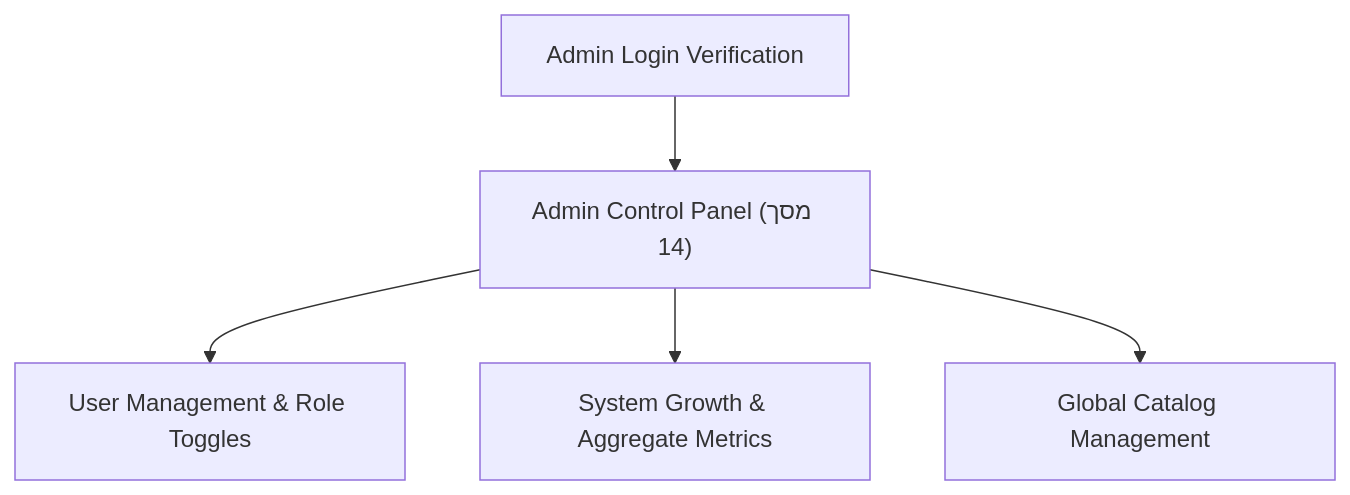
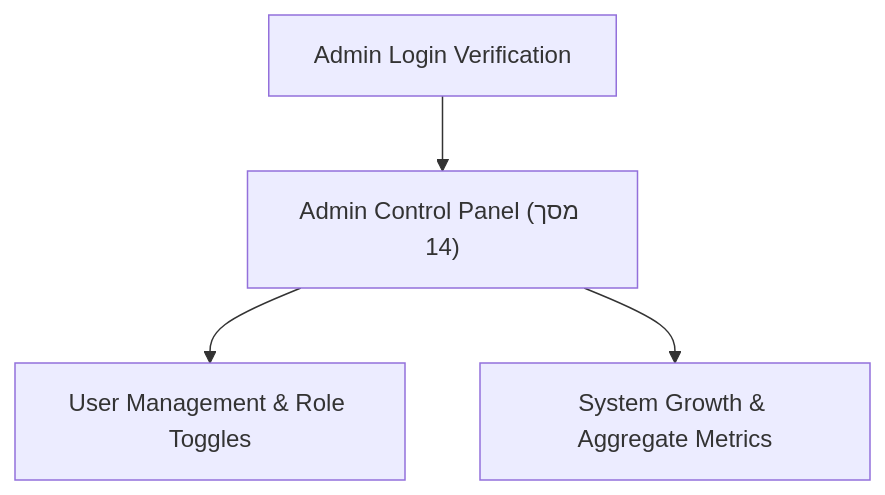
Before and after one commit to SquareFace7/MyPopVault: the tenth of 10 diagrams in MyPopVault_Book_Draft.md, drawn with Mermaid. The commit also changed other lines of this file and 3 other files, not shown here.

````diff
--- a/MyPopVault_Book_Draft.md
+++ b/MyPopVault_Book_Draft.md
@@ -900,7 +900,6 @@
 ```mermaid
 graph TD
     Admin_Auth["Admin Login Verification"] --> Admin_Panel["Admin Control Panel (מסך 14)"]
     Admin_Panel --> Admin_Users["User Management & Role Toggles"]
     Admin_Panel --> Admin_Stats["System Growth & Aggregate Metrics"]
-    Admin_Panel --> Admin_Catalog["Global Catalog Management"]
 ```
````
